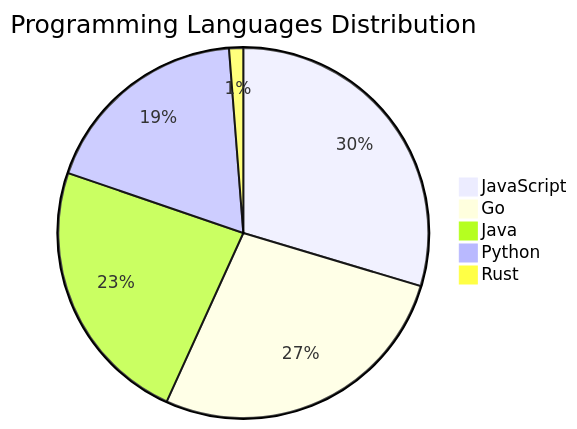
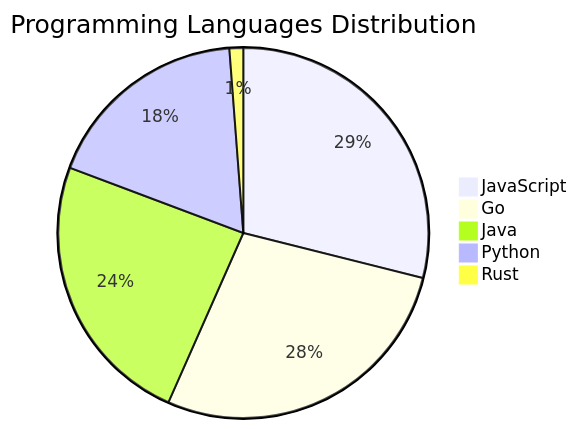
The diagram in README.md (Derrick-MUGISHA/github-activity-bot), drawn with Mermaid before and after one commit. The commit also changed other lines of this file and 3 other files, not shown here.

````diff
--- a/README.md
+++ b/README.md
@@ -69,8 +69,8 @@
 ```mermaid
 pie title Programming Languages Distribution
     "JavaScript" : 24
-    "Go" : 22
-    "Java" : 19
+    "Go" : 23
+    "Java" : 20
     "Python" : 15
     "Rust" : 1
 ```
````
